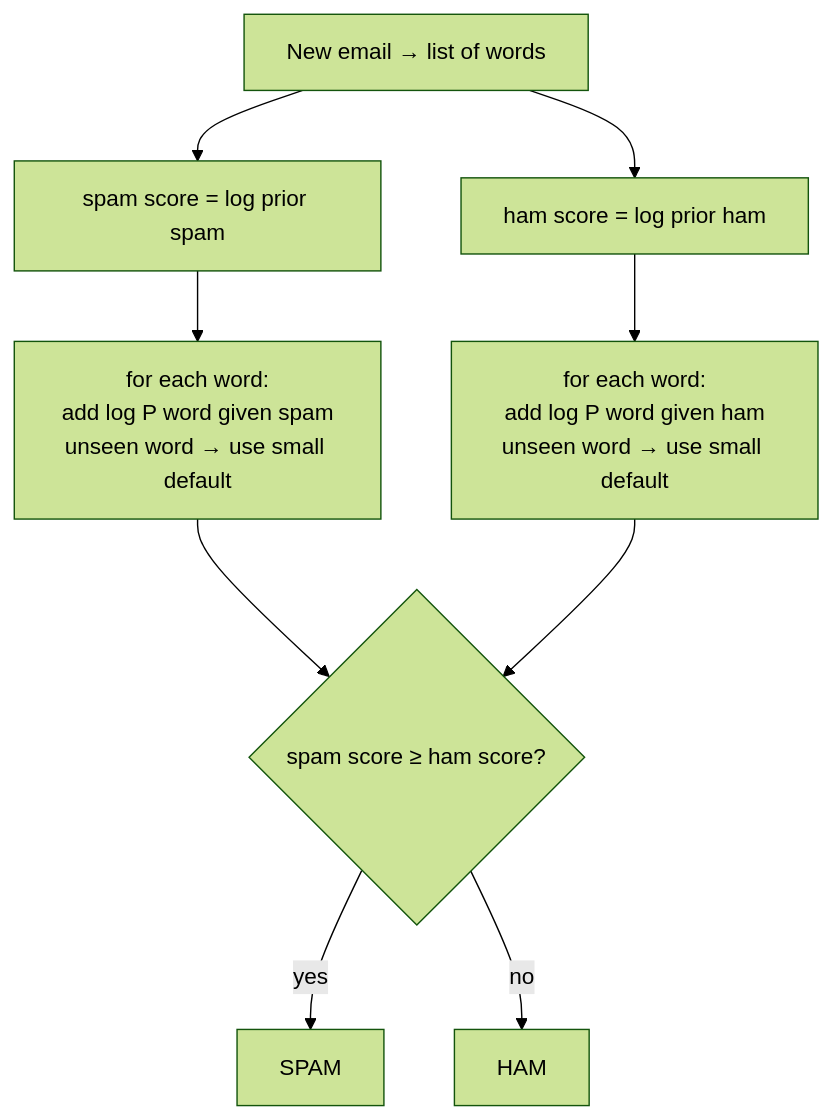
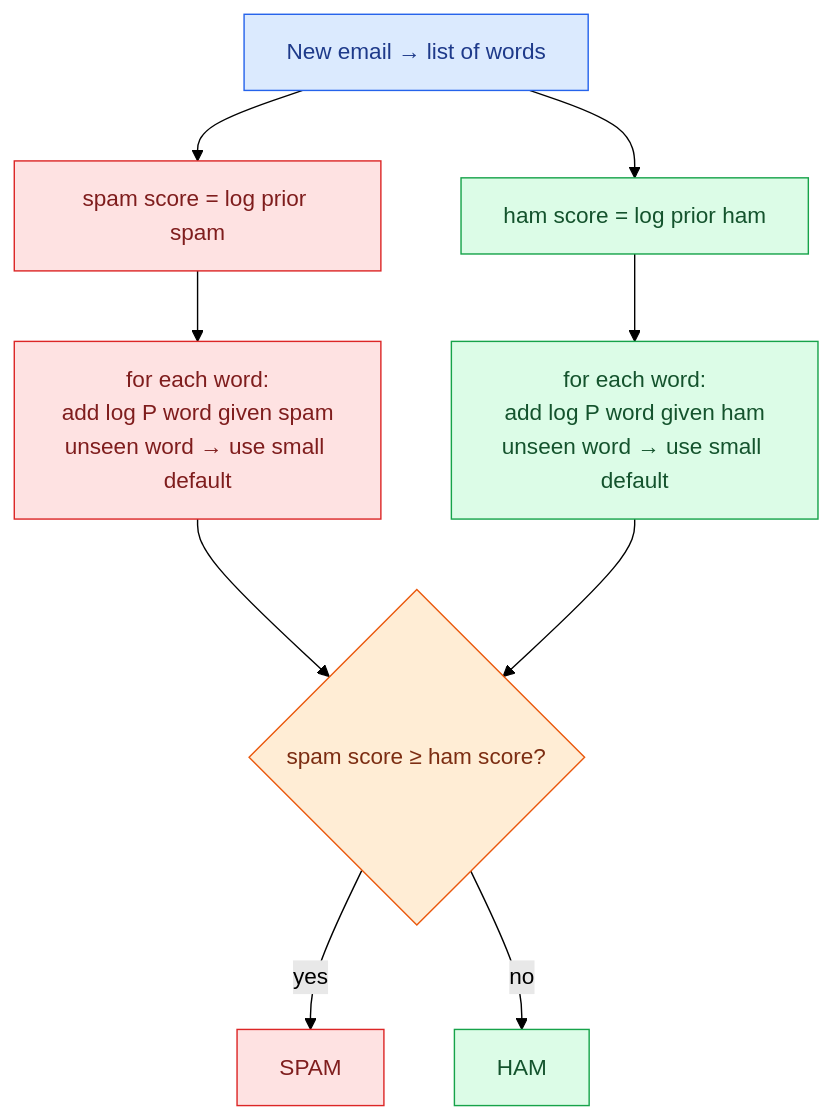
One commit to mohanakrishnavh/naive-bayes changed the third of 3 diagrams in ALGORITHM.md. Above: the diagram before and after it, drawn with Mermaid (forest theme). The commit also changed other lines of this file, not shown here.

Commit message:
Add colour styling to Mermaid diagrams

````diff
--- a/ALGORITHM.md
+++ b/ALGORITHM.md
@@ -63,11 +84,23 @@
 ```mermaid
 flowchart TD
     A[New email → list of words] --> B[spam score = log prior spam]
     A --> C[ham score = log prior ham]
     B --> D[for each word:<br/>add log P word given spam<br/>unseen word → use small default]
     C --> E[for each word:<br/>add log P word given ham<br/>unseen word → use small default]
     D --> F{spam score ≥ ham score?}
     E --> F
     F -->|yes| G[SPAM]
     F -->|no| H[HAM]
+    class A data
+    class B,D spam
+    class C,E ham
+    class F decision
+    class G spam
+    class H ham
+    classDef data fill:#dbeafe,stroke:#2563eb,color:#1e3a8a
+    classDef step fill:#fef9c3,stroke:#ca8a04,color:#713f12
+    classDef model fill:#ede9fe,stroke:#7c3aed,color:#4c1d95
+    classDef decision fill:#ffedd5,stroke:#ea580c,color:#7c2d12
+    classDef ham fill:#dcfce7,stroke:#16a34a,color:#14532d
+    classDef spam fill:#fee2e2,stroke:#dc2626,color:#7f1d1d
 ```
````
